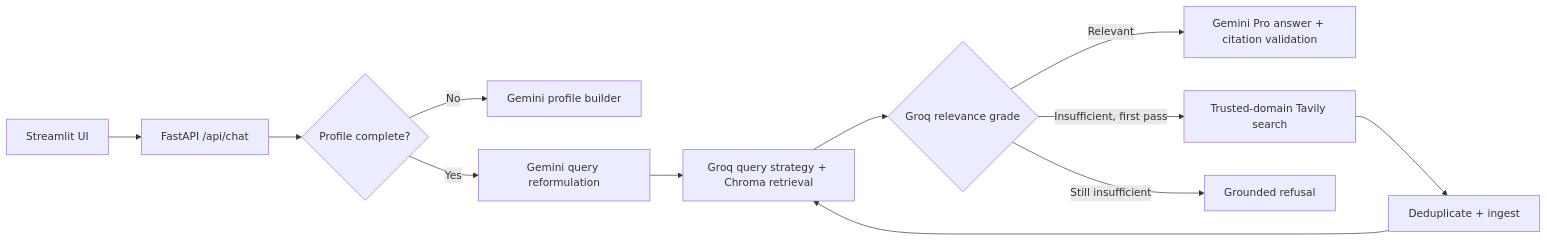
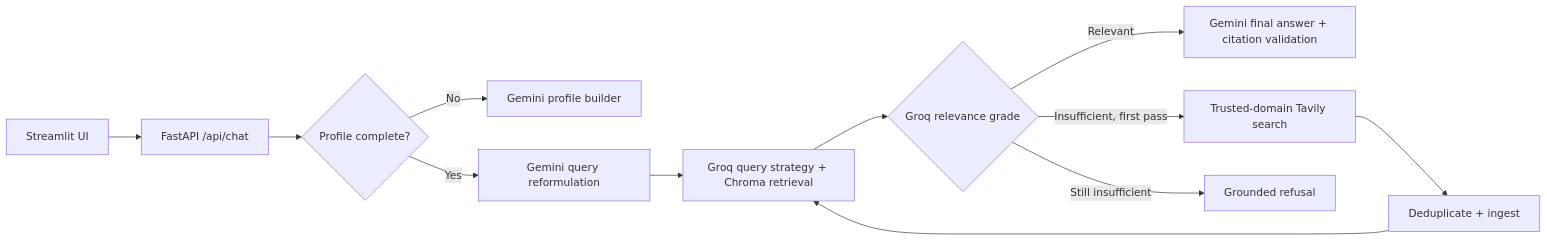
The diagram in README.md (pavanbobba09/PolicyPilot), drawn with Mermaid before and after one commit. The commit also changed 3 other files, not shown here.

````diff
--- a/README.md
+++ b/README.md
@@ -21,14 +21,14 @@
 ```mermaid
 flowchart LR
     UI["Streamlit UI"] --> API["FastAPI /api/chat"]
     API --> PROFILE{"Profile complete?"}
     PROFILE -->|No| PB["Gemini profile builder"]
     PROFILE -->|Yes| RF["Gemini query reformulation"]
     RF --> RET["Groq query strategy + Chroma retrieval"]
     RET --> GRADE{"Groq relevance grade"}
-    GRADE -->|Relevant| ANSWER["Gemini Pro answer + citation validation"]
+    GRADE -->|Relevant| ANSWER["Gemini final answer + citation validation"]
     GRADE -->|Insufficient, first pass| SEARCH["Trusted-domain Tavily search"]
     SEARCH --> INGEST["Deduplicate + ingest"]
     INGEST --> RET
     GRADE -->|Still insufficient| REFUSE["Grounded refusal"]
 ```
````
